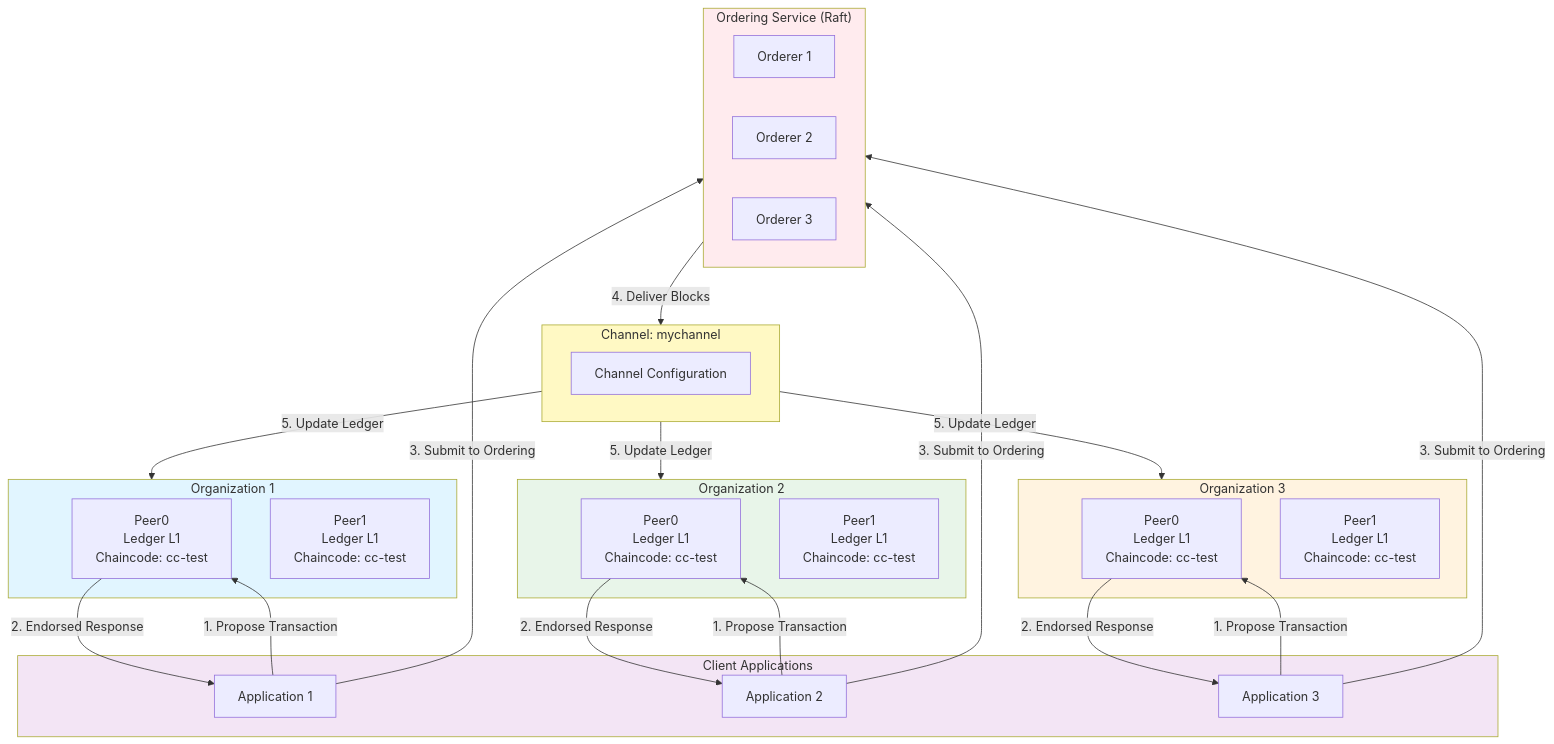
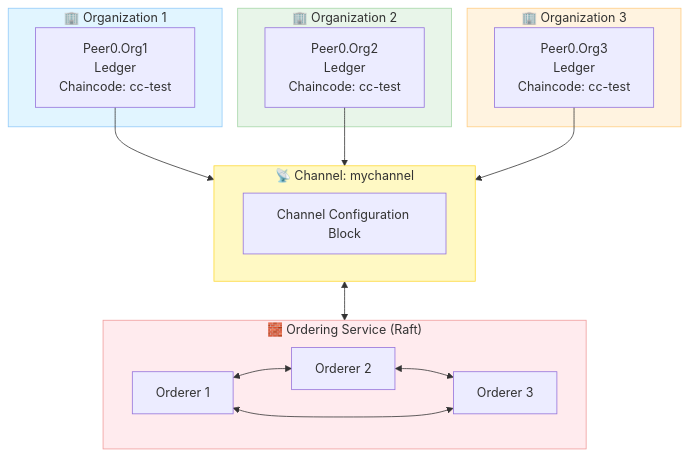
One commit to wamuumu/hlf-events changed the diagram in NEW.md. Above: the diagram before and after it, drawn with Mermaid.

Commit message:
Updated mermaid graph

````diff
--- a/NEW.md
+++ b/NEW.md
@@ -216,58 +216,44 @@
 ```mermaid
 graph TB
-    subgraph Clients["Client Applications"]
-        APP1[Application 1]
-        APP2[Application 2]
-        APP3[Application 3]
+    %% ============= ORGANIZATIONS =============
+    subgraph Org1["🏢 Organization 1"]
+        P1[Peer0.Org1<br/>Ledger<br/>Chaincode: cc-test]
     end
 
-    subgraph Org1["Organization 1"]
-        P1[Peer0<br/>Ledger L1<br/>Chaincode: cc-test]
-        P2[Peer1<br/>Ledger L1<br/>Chaincode: cc-test]
+    subgraph Org2["🏢 Organization 2"]
+        P2[Peer0.Org2<br/>Ledger<br/>Chaincode: cc-test]
     end
 
-    subgraph Org2["Organization 2"]
-        P3[Peer0<br/>Ledger L1<br/>Chaincode: cc-test]
-        P4[Peer1<br/>Ledger L1<br/>Chaincode: cc-test]
+    subgraph Org3["🏢 Organization 3"]
+        P3[Peer0.Org3<br/>Ledger<br/>Chaincode: cc-test]
     end
 
-    subgraph Org3["Organization 3"]
-        P5[Peer0<br/>Ledger L1<br/>Chaincode: cc-test]
-        P6[Peer1<br/>Ledger L1<br/>Chaincode: cc-test]
+    %% ============= CHANNEL =============
+    subgraph Channel["📡 Channel: mychannel"]
+        CH[Channel Configuration Block]
     end
 
-    subgraph Channel["Channel: mychannel"]
-        CH[Channel Configuration]
-    end
-
-    subgraph Ordering["Ordering Service (Raft)"]
+    %% ============= ORDERING SERVICE =============
+    subgraph Ordering["🧱 Ordering Service (Raft)"]
         O1[Orderer 1]
         O2[Orderer 2]
         O3[Orderer 3]
+
+        O1 <--> O2
+        O2 <--> O3
+        O3 <--> O1
     end
 
-    APP1 -->|1. Propose Transaction| P1
-    APP2 -->|1. Propose Transaction| P3
-    APP3 -->|1. Propose Transaction| P5
+    %% ============= CONNECTIONS =============
+    P1 --> Channel
+    P2 --> Channel
+    P3 --> Channel
+    Channel <--> Ordering
 
-    P1 -->|2. Endorsed Response| APP1
-    P3 -->|2. Endorsed Response| APP2
-    P5 -->|2. Endorsed Response| APP3
-
-    APP1 -->|3. Submit to Ordering| Ordering
-    APP2 -->|3. Submit to Ordering| Ordering
-    APP3 -->|3. Submit to Ordering| Ordering
-
-    Ordering -->|4. Deliver Blocks| Channel
-
-    Channel -->|5. Update Ledger| Org1
-    Channel -->|5. Update Ledger| Org2
-    Channel -->|5. Update Ledger| Org3
-
-    style Org1 fill:#e1f5ff
-    style Org2 fill:#e8f5e9
-    style Org3 fill:#fff3e0
-    style Ordering fill:#ffebee
-    style Channel fill:#fff9c4
-    style Clients fill:#f3e5f5
+    %% ============= STYLING =============
+    style Org1 fill:#e1f5ff,stroke:#90caf9,stroke-width:1px
+    style Org2 fill:#e8f5e9,stroke:#a5d6a7,stroke-width:1px
+    style Org3 fill:#fff3e0,stroke:#ffcc80,stroke-width:1px
+    style Channel fill:#fff9c4,stroke:#fdd835,stroke-width:1px
+    style Ordering fill:#ffebee,stroke:#ef9a9a,stroke-width:1px
 ```
````
